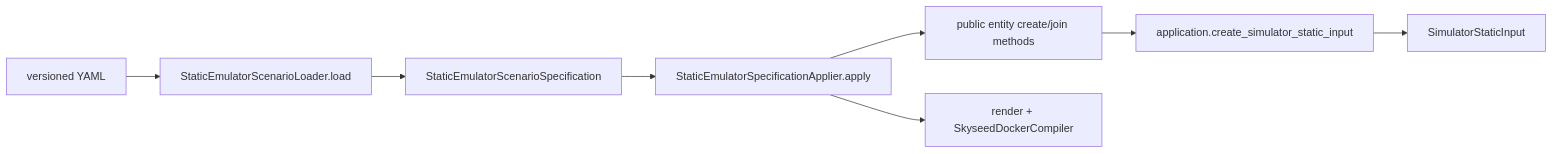
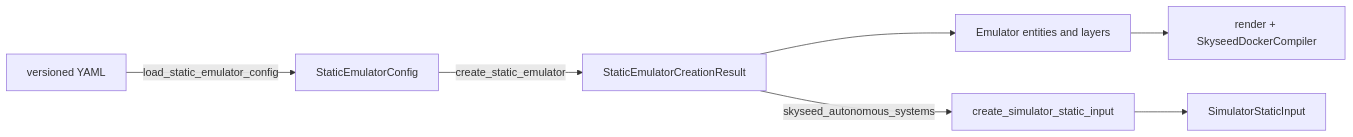
Before and after one commit to seed-labs/skyseed: the third of 4 diagrams in skyseed_v2/docs/architecture/emulator-public-construction-api.md, drawn with Mermaid. The commit also changed other lines of this file and 61 other files, not shown here.

````diff
--- a/skyseed_v2/docs/architecture/emulator-public-construction-api.md
+++ b/skyseed_v2/docs/architecture/emulator-public-construction-api.md
@@ -107,10 +116,9 @@
 ```mermaid
 flowchart LR
-    Y[versioned YAML] --> L[StaticEmulatorScenarioLoader.load]
-    L --> S[StaticEmulatorScenarioSpecification]
-    S --> A[StaticEmulatorSpecificationApplier.apply]
-    A --> E[public entity create/join methods]
-    E --> F[application.create_simulator_static_input]
+    Y[versioned YAML] -->|load_static_emulator_config| C[StaticEmulatorConfig]
+    C -->|create_static_emulator| R[StaticEmulatorCreationResult]
+    R --> E[Emulator entities and layers]
+    R -->|skyseed_autonomous_systems| F[create_simulator_static_input]
     F --> I[SimulatorStaticInput]
-    A --> C[render + SkyseedDockerCompiler]
+    E --> K[render + SkyseedDockerCompiler]
 ```
````
